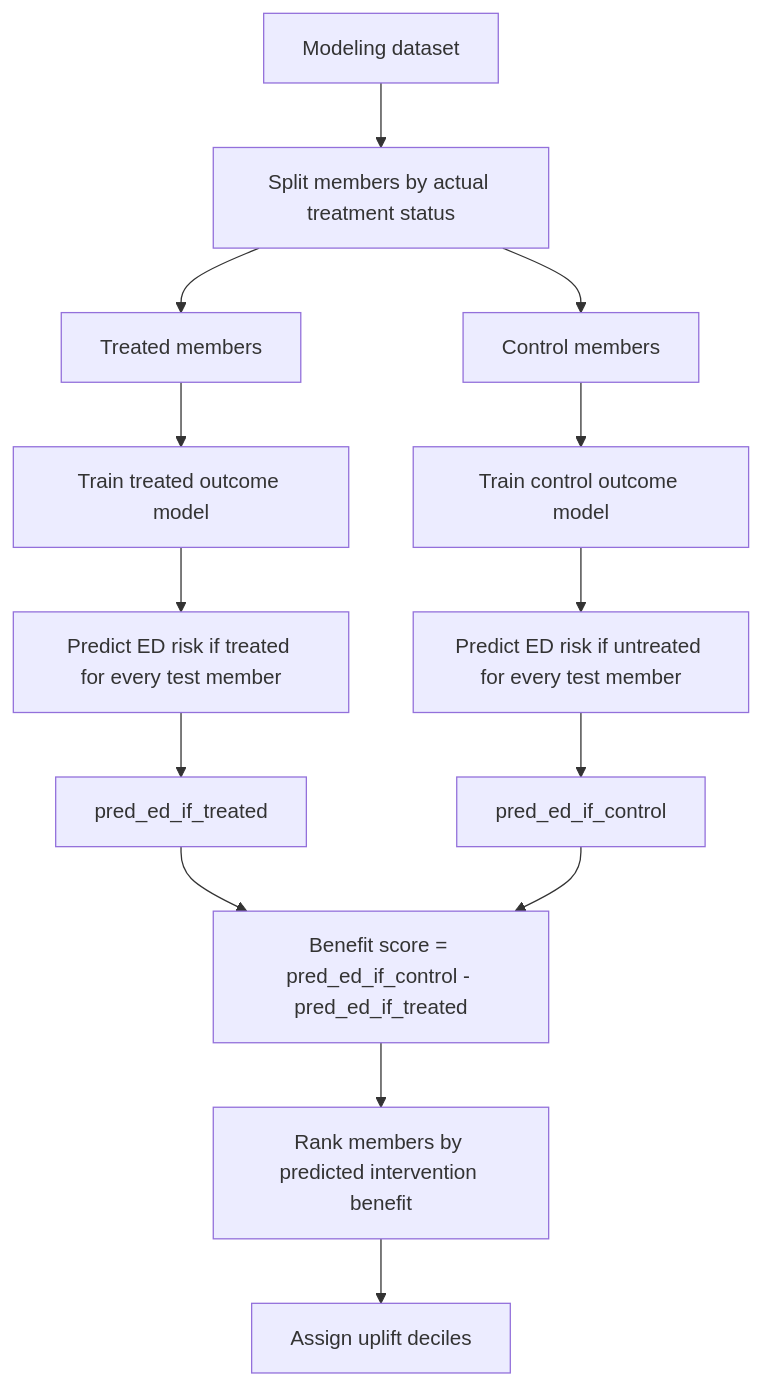
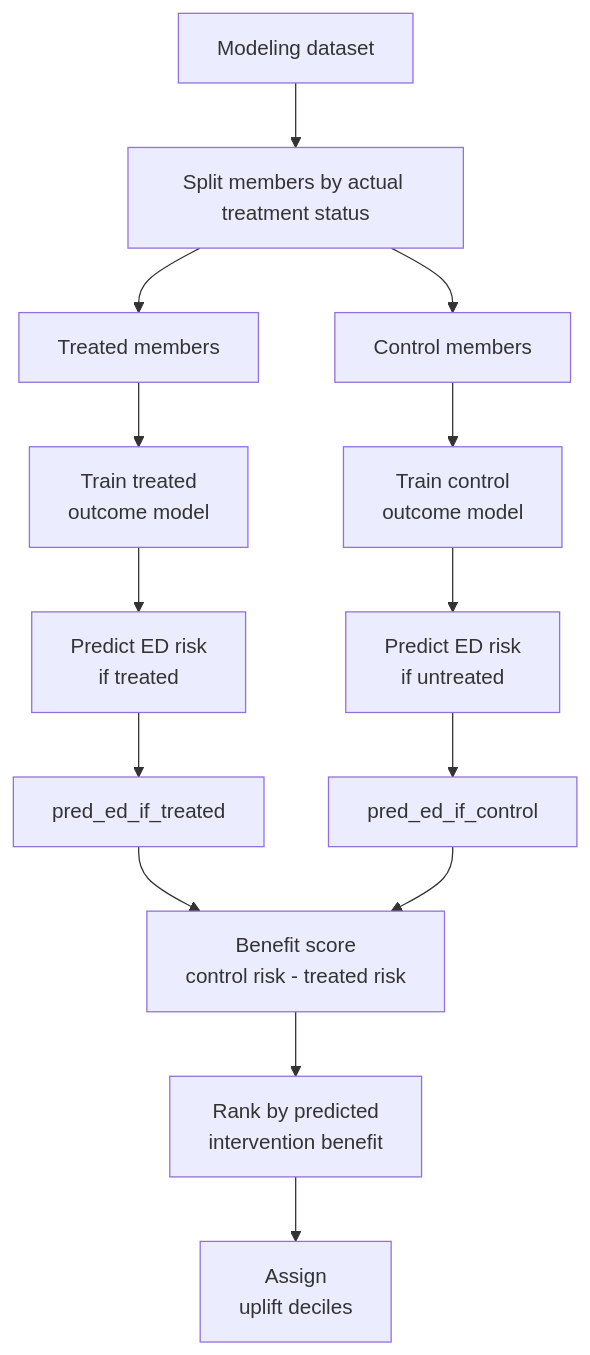
One commit to ndesai777777/prism_repo changed the first of 2 diagrams in PRISM_Intervention_Benefit_Modeling_README.md. Above: the diagram before and after it, drawn with Mermaid. The commit also changed other lines of this file and 1 other file, not shown here.

````diff
--- a/PRISM_Intervention_Benefit_Modeling_README.md
+++ b/PRISM_Intervention_Benefit_Modeling_README.md
@@ -89,16 +89,16 @@
 ```mermaid
 flowchart TD
     A["Modeling dataset"] --> B["Split members by actual treatment status"]
     B --> C["Treated members"]
     B --> D["Control members"]
-    C --> E["Train treated outcome model"]
-    D --> F["Train control outcome model"]
-    E --> G["Predict ED risk if treated for every test member"]
-    F --> H["Predict ED risk if untreated for every test member"]
+    C --> E["Train treated<br/>outcome model"]
+    D --> F["Train control<br/>outcome model"]
+    E --> G["Predict ED risk<br/>if treated"]
+    F --> H["Predict ED risk<br/>if untreated"]
     G --> I["pred_ed_if_treated"]
     H --> J["pred_ed_if_control"]
-    I --> K["Benefit score = pred_ed_if_control - pred_ed_if_treated"]
+    I --> K["Benefit score<br/>control risk - treated risk"]
     J --> K
-    K --> L["Rank members by predicted intervention benefit"]
-    L --> M["Assign uplift deciles"]
+    K --> L["Rank by predicted<br/>intervention benefit"]
+    L --> M["Assign<br/>uplift deciles"]
 ```
````
